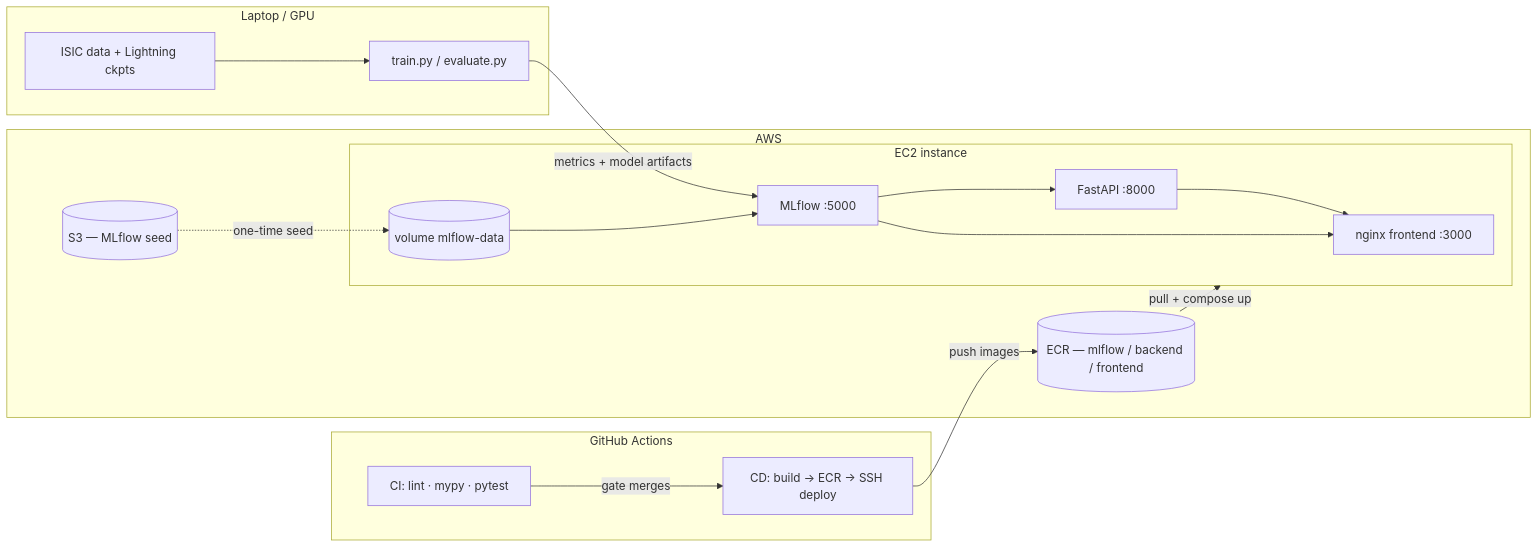
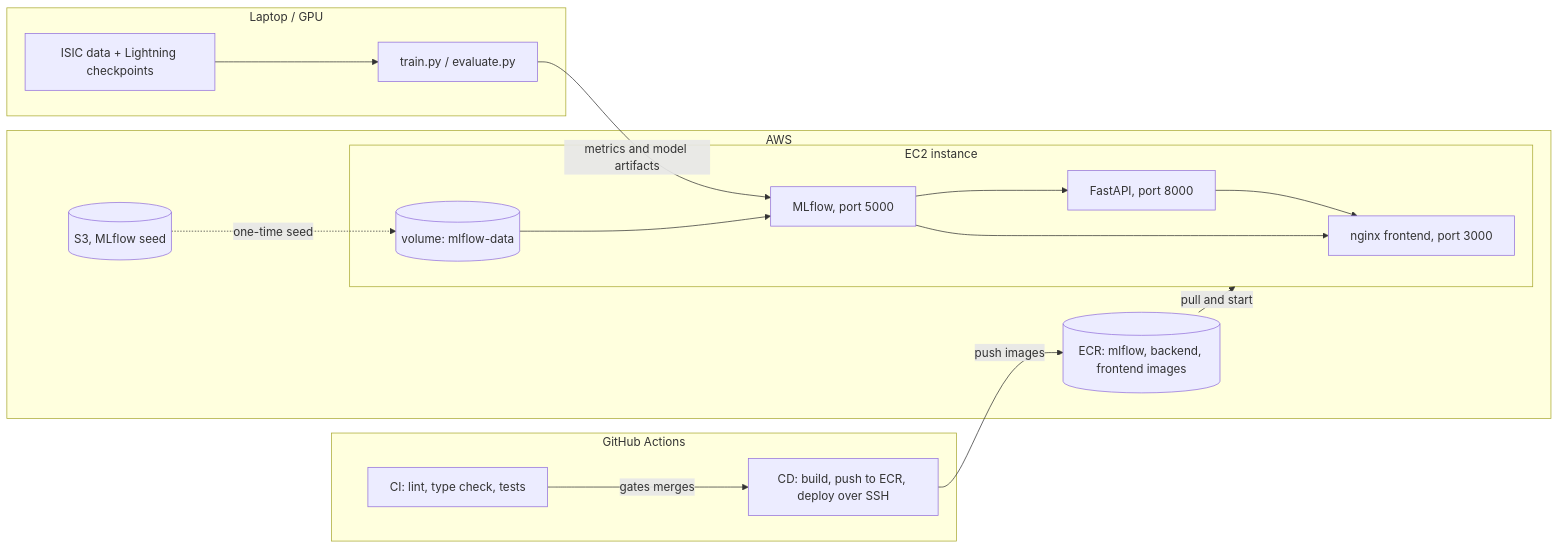
Before and after one commit to MuhammadNisarWCSS/Melanoma-Detection: the second of 2 diagrams in README.md, drawn with Mermaid. The commit also changed other lines of this file and 4 other files, not shown here.

````diff
--- a/README.md
+++ b/README.md
@@ -534,31 +533,31 @@
 ```mermaid
 flowchart LR
     subgraph Laptop["Laptop / GPU"]
         Train[train.py / evaluate.py]
-        Data[ISIC data + Lightning ckpts]
+        Data[ISIC data + Lightning checkpoints]
     end
     subgraph AWS["AWS"]
-        S3[(S3 — MLflow seed)]
-        ECR[(ECR — mlflow / backend / frontend)]
+        S3[(S3, MLflow seed)]
+        ECR[(ECR: mlflow, backend, frontend images)]
         subgraph EC2["EC2 instance"]
-            FE[nginx frontend :3000]
-            BACKEND[FastAPI :8000]
-            ML[MLflow :5000]
-            Vol[(volume mlflow-data)]
+            FE[nginx frontend, port 3000]
+            BACKEND[FastAPI, port 8000]
+            ML[MLflow, port 5000]
+            Vol[(volume: mlflow-data)]
         end
     end
     subgraph GHA["GitHub Actions"]
-        CI[CI: lint · mypy · pytest]
-        CD[CD: build → ECR → SSH deploy]
+        CI[CI: lint, type check, tests]
+        CD[CD: build, push to ECR, deploy over SSH]
     end
     Data --> Train
-    Train -->|metrics + model artifacts| ML
+    Train -->|metrics and model artifacts| ML
     S3 -.->|one-time seed| Vol
     Vol --> ML
     ML --> BACKEND
     BACKEND --> FE
     ML --> FE
     CD -->|push images| ECR
-    ECR -->|pull + compose up| EC2
-    CI -->|gate merges| CD
+    ECR -->|pull and start| EC2
+    CI -->|gates merges| CD
 ```
````
